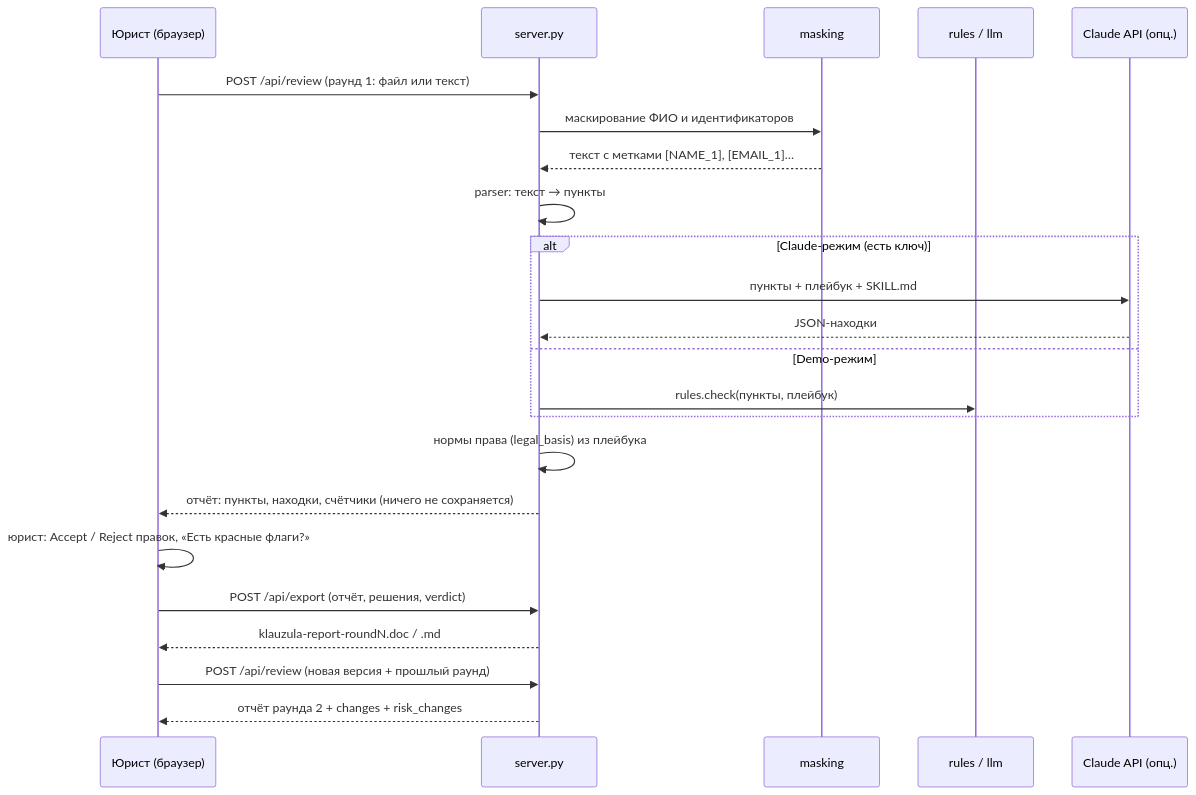
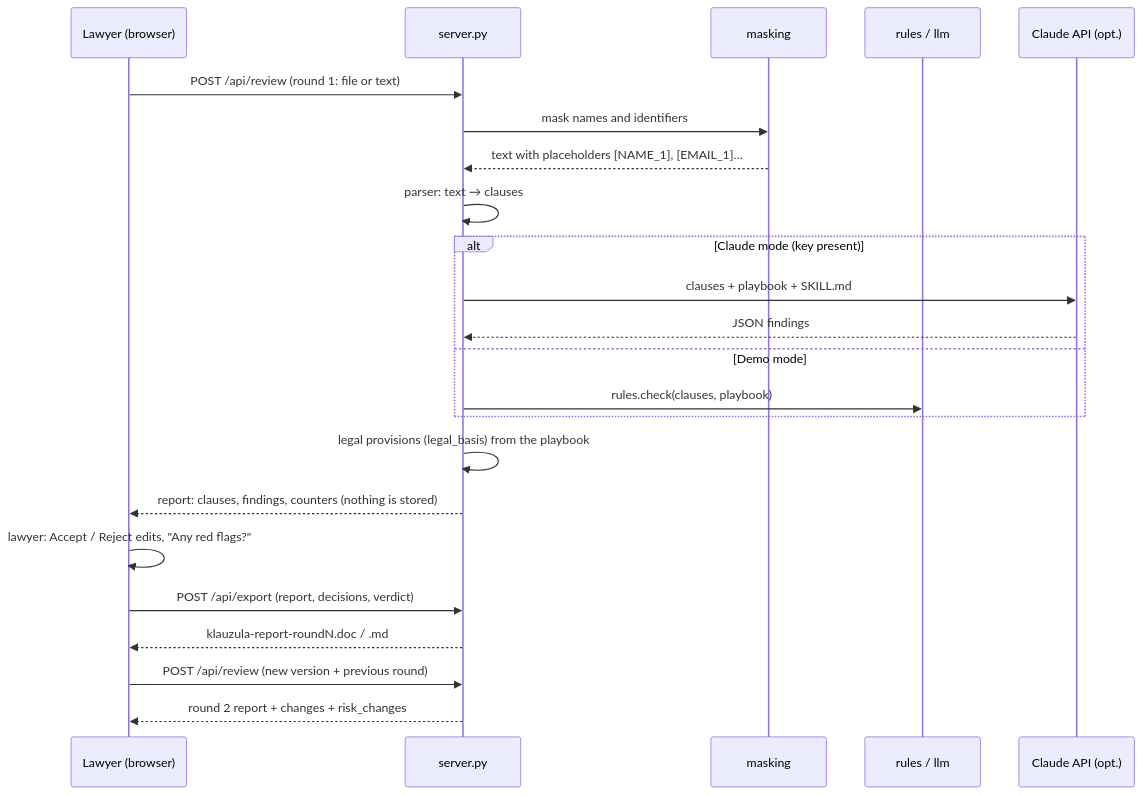
The diagram in docs/03_architecture.md (krikrash1508-max/AI_lawyer), drawn with Mermaid before and after one commit. The commit also changed other lines of this file and 30 other files, not shown here.

````diff
--- a/docs/03_architecture.md
+++ b/docs/03_architecture.md
@@ -96,25 +96,25 @@
 ```mermaid
 sequenceDiagram
-    participant U as Юрист (браузер)
+    participant U as Lawyer (browser)
     participant S as server.py
     participant M as masking
     participant R as rules / llm
-    participant C as Claude API (опц.)
-    U->>S: POST /api/review (раунд 1: файл или текст)
-    S->>M: маскирование ФИО и идентификаторов
-    M-->>S: текст с метками [NAME_1], [EMAIL_1]…
-    S->>S: parser: текст → пункты
-    alt Claude-режим (есть ключ)
-        S->>C: пункты + плейбук + SKILL.md
-        C-->>S: JSON-находки
-    else Demo-режим
-        S->>R: rules.check(пункты, плейбук)
+    participant C as Claude API (opt.)
+    U->>S: POST /api/review (round 1: file or text)
+    S->>M: mask names and identifiers
+    M-->>S: text with placeholders [NAME_1], [EMAIL_1]…
+    S->>S: parser: text → clauses
+    alt Claude mode (key present)
+        S->>C: clauses + playbook + SKILL.md
+        C-->>S: JSON findings
+    else Demo mode
+        S->>R: rules.check(clauses, playbook)
     end
-    S->>S: нормы права (legal_basis) из плейбука
-    S-->>U: отчёт: пункты, находки, счётчики (ничего не сохраняется)
-    U->>U: юрист: Accept / Reject правок, «Есть красные флаги?»
-    U->>S: POST /api/export (отчёт, решения, verdict)
+    S->>S: legal provisions (legal_basis) from the playbook
+    S-->>U: report: clauses, findings, counters (nothing is stored)
+    U->>U: lawyer: Accept / Reject edits, "Any red flags?"
+    U->>S: POST /api/export (report, decisions, verdict)
     S-->>U: klauzula-report-roundN.doc / .md
-    U->>S: POST /api/review (новая версия + прошлый раунд)
-    S-->>U: отчёт раунда 2 + changes + risk_changes
+    U->>S: POST /api/review (new version + previous round)
+    S-->>U: round 2 report + changes + risk_changes
 ```
````
